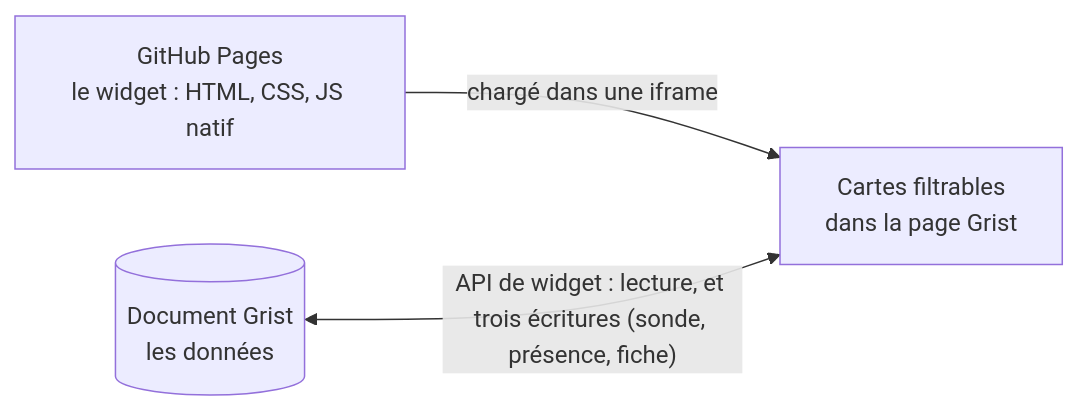
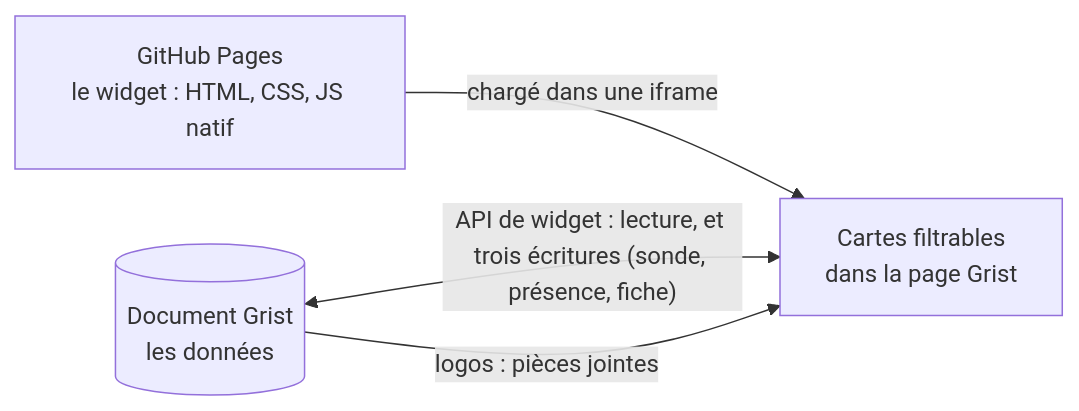
The diagram in README.md (lombre33/Annuaire_PUI_Bordeaux), drawn with Mermaid before and after one commit. The commit also changed other lines of this file and 34 other files, not shown here.

````diff
--- a/README.md
+++ b/README.md
@@ -86,8 +90,9 @@
 ```mermaid
 flowchart LR
     grist[("Document Grist<br/>les données")]
     pages["GitHub Pages<br/>le widget : HTML, CSS, JS natif"]
     cards["Cartes filtrables<br/>dans la page Grist"]
     pages -->|"chargé dans une iframe"| cards
     grist <-->|"API de widget : lecture, et trois écritures (sonde, présence, fiche)"| cards
+    grist -->|"logos : pièces jointes"| cards
 ```
````
